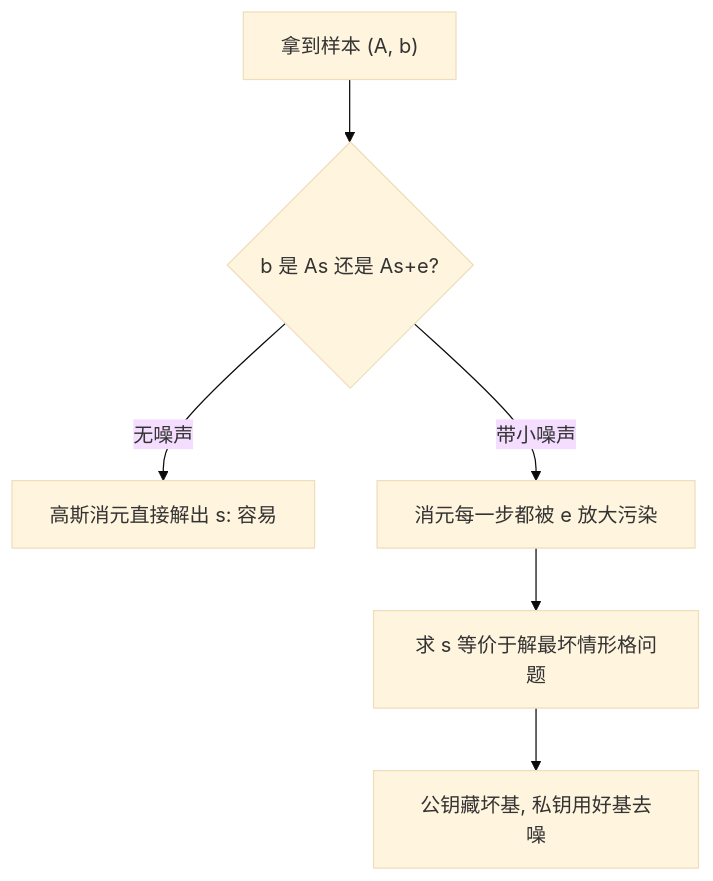
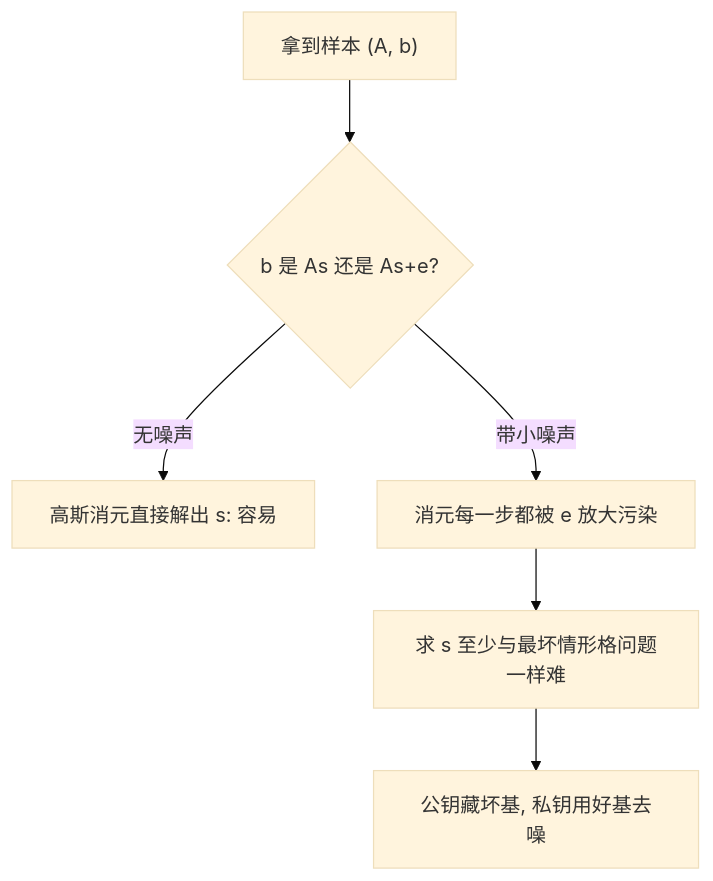
The second of 2 diagrams in docs/cs/lattice-lwe.md (xhongduo-tech/xhongduo-tech.github.io), drawn with Mermaid (base theme) before and after one commit. The commit also changed other lines of this file and 2 other files, not shown here.

Commit message:
Content review cs-257: the Miller-Rabin self-question answers yes for primes, the LWE reduction is worst-case to average-case one-way rather than an equivalence, and a duplicated validity sentence in predicate logic is collapsed.

````diff
--- a/docs/cs/lattice-lwe.md
+++ b/docs/cs/lattice-lwe.md
@@ -53,8 +53,8 @@
 ```mermaid
 flowchart TD
   E["拿到样本 (A, b)"] --> NZ{"b 是 As 还是 As+e?"}
   NZ -->|"无噪声"| GS["高斯消元直接解出 s: 容易"]
   NZ -->|"带小噪声"| AMP["消元每一步都被 e 放大污染"]
-  AMP --> HARD["求 s 等价于解最坏情形格问题"]
+  AMP --> HARD["求 s 至少与最坏情形格问题一样难"]
   HARD --> KEY["公钥藏坏基, 私钥用好基去噪"]
 ```
````
